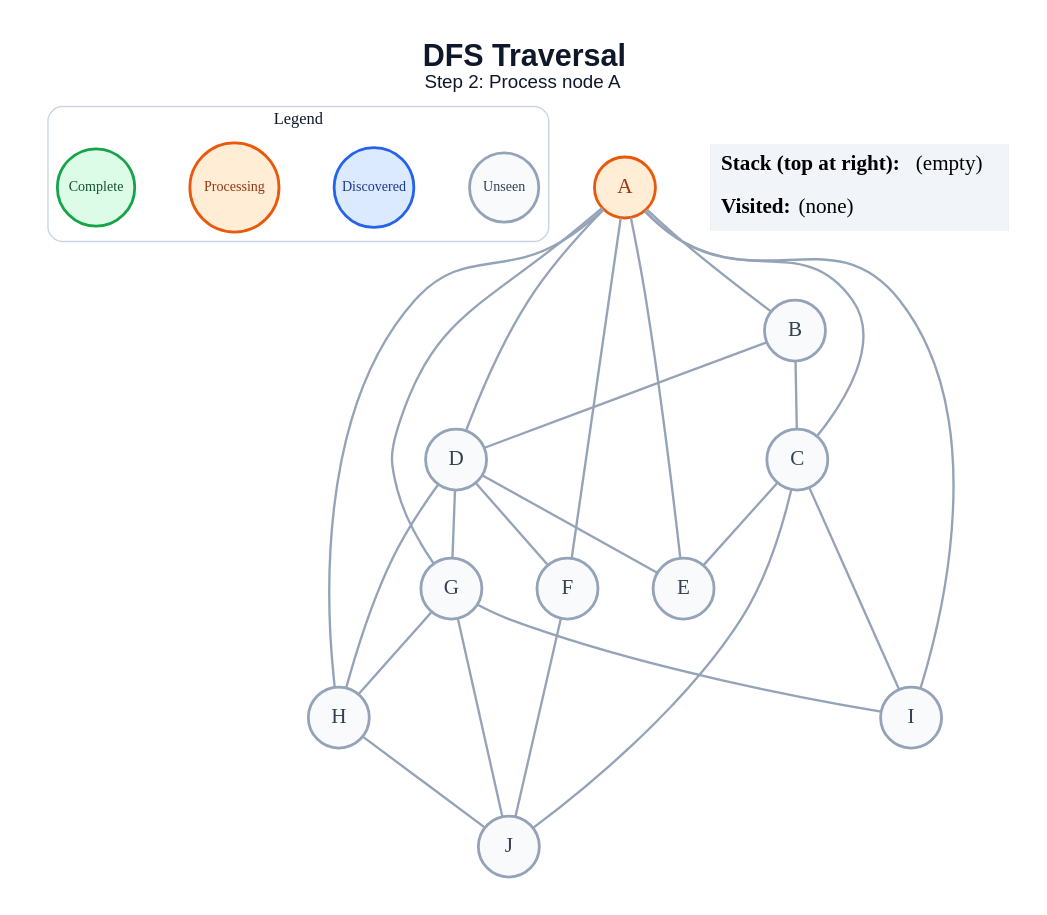
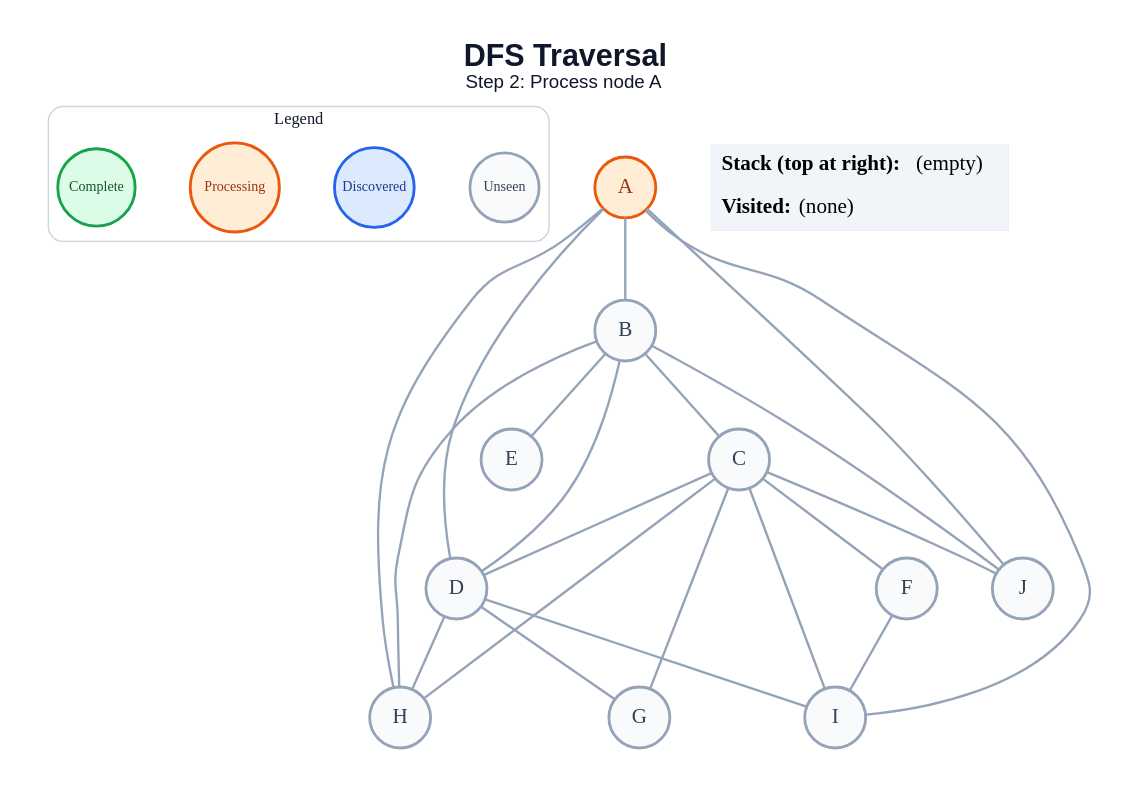
Before and after one commit to amanghodawala9/ai-slop: the diagram in generated/dfs/step_02.dot, drawn with Graphviz. The commit also changed 178 other files, not shown here.

```diff
--- a/generated/dfs/step_02.dot
+++ b/generated/dfs/step_02.dot
@@ -1,51 +1,49 @@
 graph traversal {
   graph [layout=dot, rankdir=TB, bgcolor="#FFFFFF", pad="0.35", nodesep="0.65", ranksep="0.8", fontname="Arial"];
   node [shape=circle, style="filled", fontname="Arial Bold", fontsize=18, width=0.72, fixedsize=true, penwidth=2.4];
   edge [color="#94A3B8", penwidth=2.0];
   label=<<B>DFS Traversal</B><BR/><FONT POINT-SIZE="16">Step 2: Process node A</FONT>>; labelloc="t"; fontsize=26; fontname="Arial"; fontcolor="#0F172A";
   subgraph cluster_legend { label="Legend"; color="#CBD5E1"; penwidth=1.2; style="rounded"; fontsize=14; fontname="Arial Bold";
     key_unseen [label="Unseen", fillcolor="#F8FAFC", color="#94A3B8", fontcolor="#334155", fontsize=12, width=0.82];
     key_frontier [label="Discovered", fillcolor="#DBEAFE", color="#2563EB", fontcolor="#1E3A8A", fontsize=12, width=0.95];
     key_current [label="Processing", fillcolor="#FFEDD5", color="#EA580C", fontcolor="#9A3412", fontsize=12, width=1.05];
     key_done [label="Complete", fillcolor="#DCFCE7", color="#16A34A", fontcolor="#14532D", fontsize=12, width=0.92];
     { rank=same; key_unseen; key_frontier; key_current; key_done; }
   }
   A [fillcolor="#FFEDD5", color="#EA580C", fontcolor="#9A3412"];
   B [fillcolor="#F8FAFC", color="#94A3B8", fontcolor="#334155"];
   C [fillcolor="#F8FAFC", color="#94A3B8", fontcolor="#334155"];
   D [fillcolor="#F8FAFC", color="#94A3B8", fontcolor="#334155"];
   E [fillcolor="#F8FAFC", color="#94A3B8", fontcolor="#334155"];
   F [fillcolor="#F8FAFC", color="#94A3B8", fontcolor="#334155"];
   G [fillcolor="#F8FAFC", color="#94A3B8", fontcolor="#334155"];
   H [fillcolor="#F8FAFC", color="#94A3B8", fontcolor="#334155"];
   I [fillcolor="#F8FAFC", color="#94A3B8", fontcolor="#334155"];
   J [fillcolor="#F8FAFC", color="#94A3B8", fontcolor="#334155"];
   A -- B;
-  A -- C;
   A -- D;
-  A -- E;
-  A -- F;
-  A -- G;
   A -- H;
   A -- I;
+  A -- J;
   B -- C;
   B -- D;
-  C -- E;
+  B -- E;
+  B -- H;
+  B -- J;
+  C -- D;
+  C -- F;
+  C -- G;
+  C -- H;
   C -- I;
   C -- J;
-  D -- E;
-  D -- F;
   D -- G;
   D -- H;
-  F -- J;
-  G -- H;
-  G -- I;
-  G -- J;
-  H -- J;
+  D -- I;
+  F -- I;
   status [shape=plain, fixedsize=false, width=0, height=0, margin=0, label=<
     <TABLE BORDER="0" CELLBORDER="0" CELLPADDING="7" BGCOLOR="#F1F5F9">
       <TR><TD ALIGN="LEFT"><B>Stack (top at right):</B> (empty)</TD></TR>
       <TR><TD ALIGN="LEFT"><B>Visited:</B> (none)</TD></TR>
     </TABLE>
   >];
 }
```
